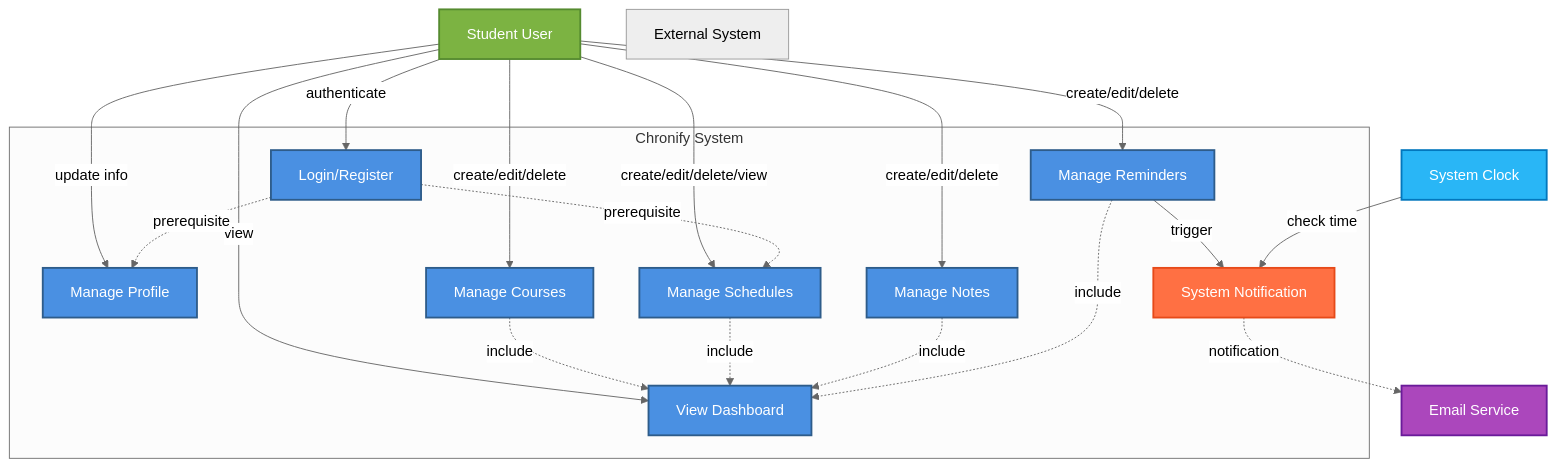
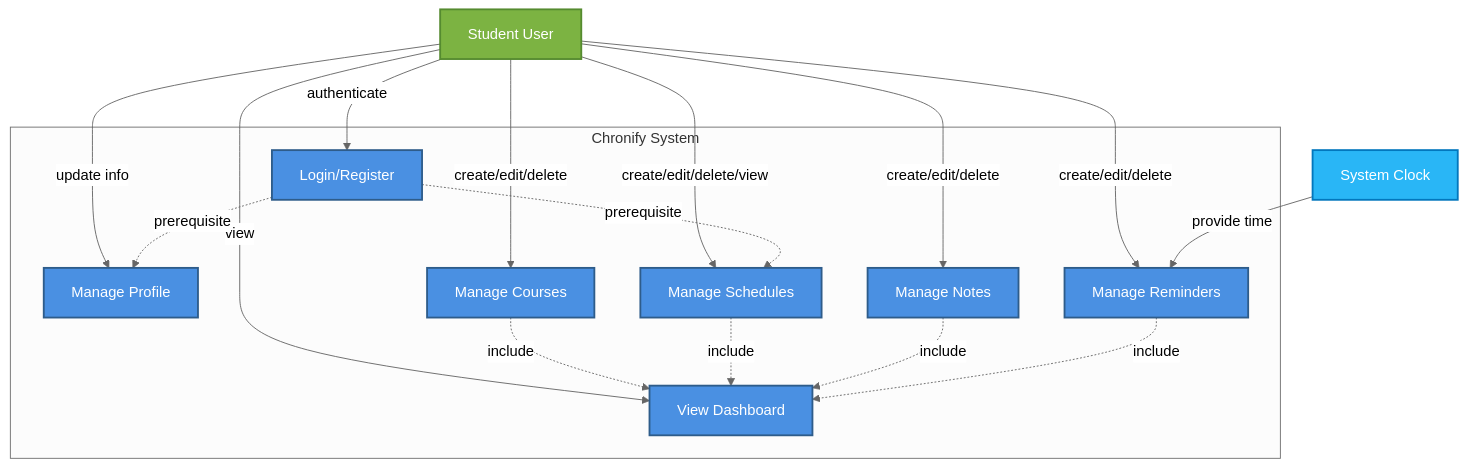
Before and after one commit to Dan5N/Chronify_back-end: the third of 12 diagrams in chronify_system_models_back-end.md, drawn with Mermaid (neutral theme). The commit also changed other lines of this file and 1 other file, not shown here.

````diff
--- a/chronify_system_models_back-end.md
+++ b/chronify_system_models_back-end.md
@@ -99,51 +95,43 @@
 ```mermaid
 graph TB
     subgraph "Chronify System"
         UC1["Login/Register"]
         UC2["Manage Profile"]
         UC3["Manage Courses"]
         UC4["Manage Schedules"]
         UC5["Manage Notes"]
         UC6["Manage Reminders"]
         UC7["View Dashboard"]
-        UC8["System Notification"]
     end
-    
+
     Student["Student User"]
-    System["External System"]
-    EmailSvc["Email Service"]
     Clock["System Clock"]
-    
+  
     Student -->|authenticate| UC1
     Student -->|update info| UC2
     Student -->|create/edit/delete| UC3
     Student -->|create/edit/delete/view| UC4
     Student -->|create/edit/delete| UC5
     Student -->|create/edit/delete| UC6
     Student -->|view| UC7
-    
+  
     UC3 -.->|include| UC7
     UC4 -.->|include| UC7
     UC5 -.->|include| UC7
     UC6 -.->|include| UC7
-    
+  
     UC1 -.->|prerequisite| UC2
     UC1 -.->|prerequisite| UC4
-    
-    UC6 -->|trigger| UC8
-    UC8 -.->|notification| EmailSvc
-    
-    Clock -->|check time| UC8
-    
+  
+    Clock -->|provide time| UC6
+  
     style Student fill:#7CB342,stroke:#558B2F,stroke-width:2px,color:#fff
-    style EmailSvc fill:#AB47BC,stroke:#6A1B9A,stroke-width:2px,color:#fff
     style Clock fill:#29B6F6,stroke:#0277BD,stroke-width:2px,color:#fff
     style UC1 fill:#4A90E2,stroke:#2E5C8A,stroke-width:2px,color:#fff
     style UC2 fill:#4A90E2,stroke:#2E5C8A,stroke-width:2px,color:#fff
     style UC3 fill:#4A90E2,stroke:#2E5C8A,stroke-width:2px,color:#fff
     style UC4 fill:#4A90E2,stroke:#2E5C8A,stroke-width:2px,color:#fff
     style UC5 fill:#4A90E2,stroke:#2E5C8A,stroke-width:2px,color:#fff
     style UC6 fill:#4A90E2,stroke:#2E5C8A,stroke-width:2px,color:#fff
     style UC7 fill:#4A90E2,stroke:#2E5C8A,stroke-width:2px,color:#fff
-    style UC8 fill:#FF7043,stroke:#E64A19,stroke-width:2px,color:#fff
 ```
````
